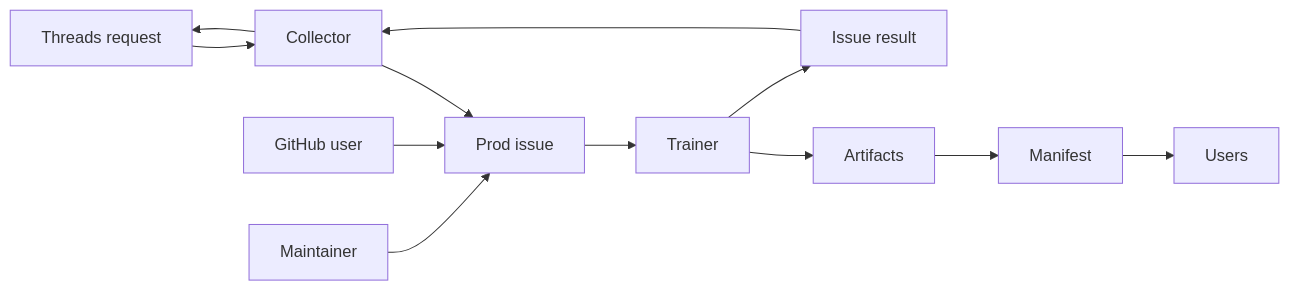
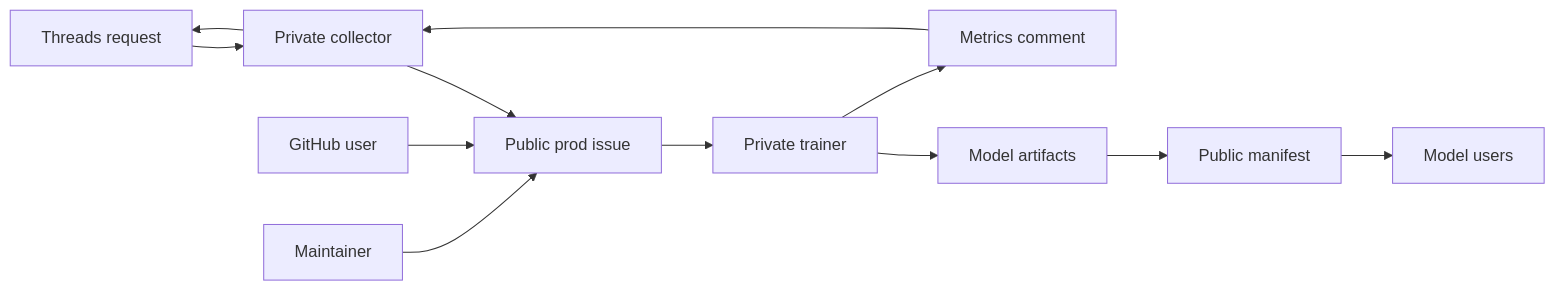
Before and after one commit to UnripePlum/korean-wakeword: the first of 4 diagrams in docs/ARCHITECTURE.md, drawn with Mermaid. The commit also changed other lines of this file, not shown here.

Commit message:
Use GitHub-safe prod mermaid labels

````diff
--- a/docs/ARCHITECTURE.md
+++ b/docs/ARCHITECTURE.md
@@ -11,14 +11,14 @@
 ```mermaid
 flowchart LR
-    THREADS["Threads request"] --> COLLECTOR["Collector"]
-    GITHUB_USER["GitHub user"] --> ISSUE["Prod issue"]
+    THREADS["Threads request"] --> COLLECTOR["Private collector"]
+    GITHUB_USER["GitHub user"] --> ISSUE["Public prod issue"]
     COLLECTOR --> ISSUE
     MAINTAINER["Maintainer"] --> ISSUE
-    ISSUE --> TRAINER["Trainer"]
-    TRAINER --> ARTIFACTS["Artifacts"]
-    TRAINER --> RESULT["Issue result"]
-    ARTIFACTS --> MANIFEST["Manifest"]
-    MANIFEST --> USERS["Users"]
+    ISSUE --> TRAINER["Private trainer"]
+    TRAINER --> ARTIFACTS["Model artifacts"]
+    TRAINER --> RESULT["Metrics comment"]
+    ARTIFACTS --> MANIFEST["Public manifest"]
+    MANIFEST --> USERS["Model users"]
     RESULT --> COLLECTOR
     COLLECTOR --> THREADS
 ```
````
